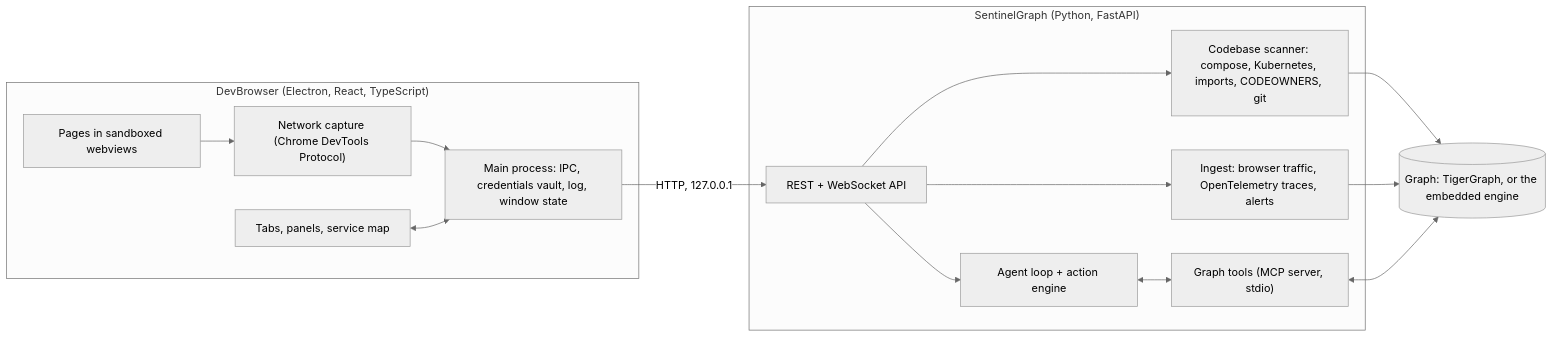
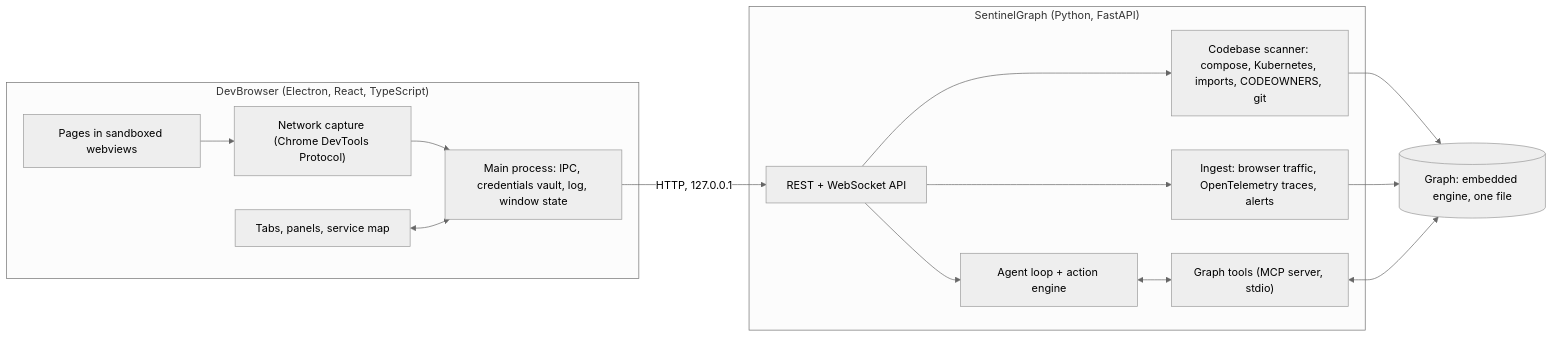
One commit to kalp-cg/graphxDevBrowser changed the first of 2 diagrams in docs/ARCHITECTURE.md. Above: the diagram before and after it, drawn with Mermaid (neutral theme). The commit also changed other lines of this file and 11 other files, not shown here.

````diff
--- a/docs/ARCHITECTURE.md
+++ b/docs/ARCHITECTURE.md
@@ -5,24 +5,24 @@
 ```mermaid
 flowchart LR
   subgraph App["DevBrowser (Electron, React, TypeScript)"]
     PAGES["Pages in sandboxed webviews"]
     CDP["Network capture (Chrome DevTools Protocol)"]
     UI["Tabs, panels, service map"]
     MAIN["Main process: IPC, credentials vault, log, window state"]
     PAGES --> CDP --> MAIN
     UI <--> MAIN
   end
   subgraph Server["SentinelGraph (Python, FastAPI)"]
     API["REST + WebSocket API"]
     SCAN["Codebase scanner: compose, Kubernetes, imports, CODEOWNERS, git"]
     INGEST["Ingest: browser traffic, OpenTelemetry traces, alerts"]
     AGENT["Agent loop + action engine"]
     MCP["Graph tools (MCP server, stdio)"]
     API --> SCAN & INGEST & AGENT
     AGENT <--> MCP
   end
-  GRAPH[("Graph: TigerGraph, or the embedded engine")]
+  GRAPH[("Graph: embedded engine, one file")]
   MAIN -- "HTTP, 127.0.0.1" --> API
   SCAN & INGEST --> GRAPH
   MCP <--> GRAPH
 ```
````
